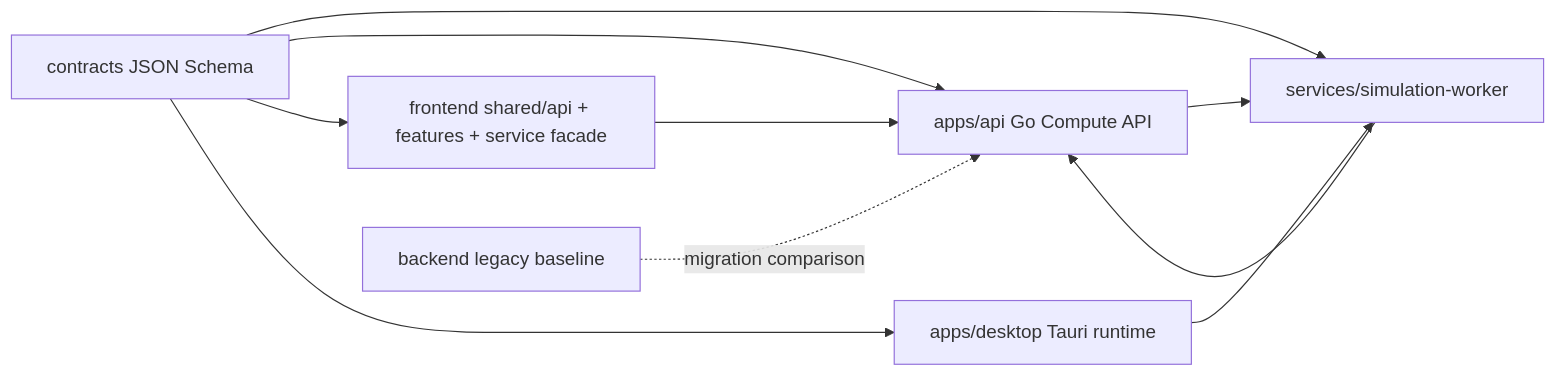
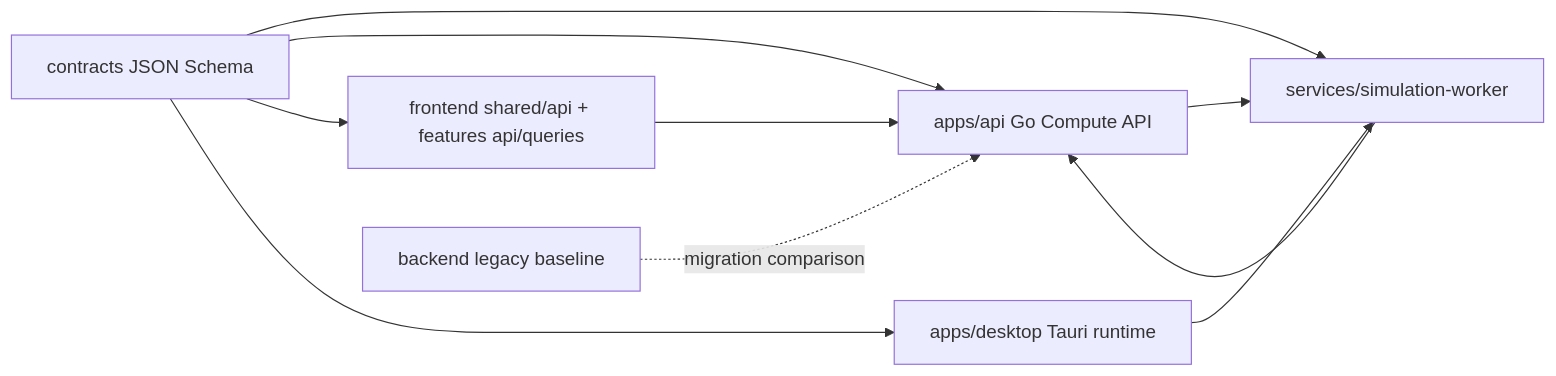
Before and after one commit to endearqb/AutoWaterSimu: the diagram in docs/architecture/module-map.md, drawn with Mermaid. The commit also changed other lines of this file and 19 other files, not shown here.

Commit message:
Move frontend compute routes to feature queries

````diff
--- a/docs/architecture/module-map.md
+++ b/docs/architecture/module-map.md
@@ -22,12 +22,12 @@
 ```mermaid
 flowchart LR
   Contracts["contracts JSON Schema"] --> API["apps/api Go Compute API"]
   Contracts --> Worker["services/simulation-worker"]
-  Contracts --> Web["frontend shared/api + features + service facade"]
+  Contracts --> Web["frontend shared/api + features api/queries"]
   Contracts --> Desktop["apps/desktop Tauri runtime"]
   API --> Worker
   Worker --> API
   Web --> API
   Desktop --> Worker
   Backend["backend legacy baseline"] -.migration comparison.-> API
 ```
````
